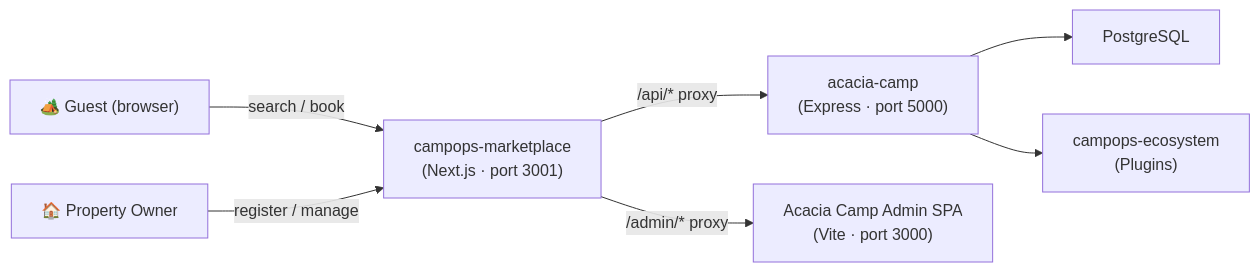
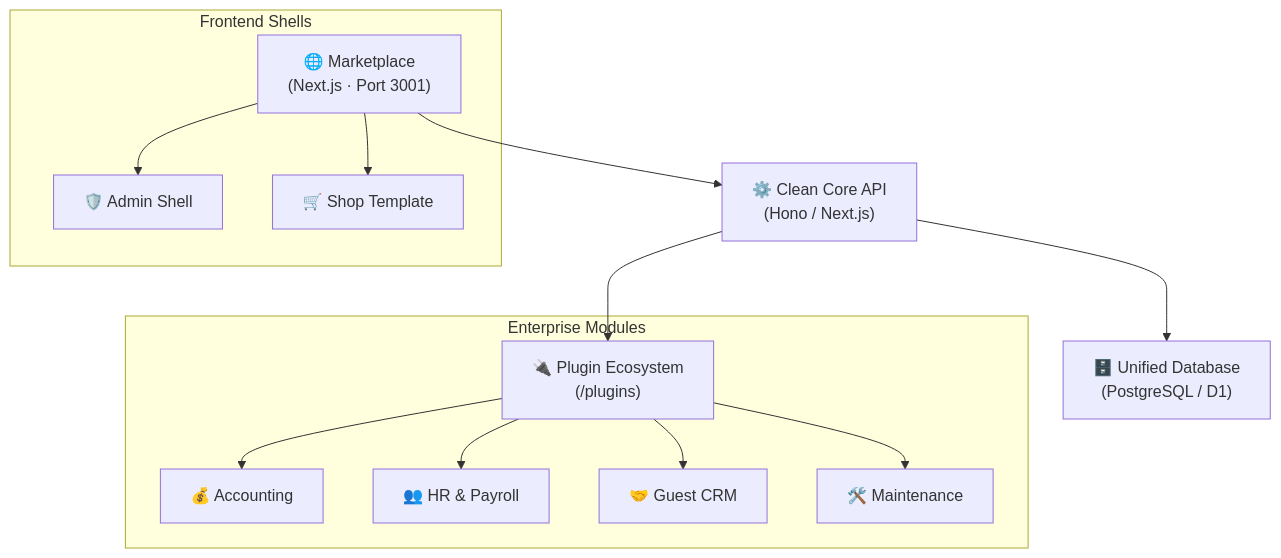
Before and after one commit to Michaelhehelmy/campops-marketplace: the diagram in README.md, drawn with Mermaid. The commit also changed other lines of this file and 930 other files, not shown here.

Commit message:
feat: implement headless architecture with Oracle backend and Cloudflare tenant frontends

````diff
--- a/README.md
+++ b/README.md
@@ -11,9 +11,18 @@
 ```mermaid
-graph LR
-    Guest["🏕️ Guest (browser)"] -->|search / book| MKT["campops-marketplace\n(Next.js · port 3001)"]
-    Owner["🏠 Property Owner"] -->|register / manage| MKT
-    MKT -->|/api/* proxy| API["acacia-camp\n(Express · port 5000)"]
-    MKT -->|/admin/* proxy| SPA["Acacia Camp Admin SPA\n(Vite · port 3000)"]
-    API --> DB["PostgreSQL"]
-    API --> PLG["campops-ecosystem\n(Plugins)"]
+graph TD
+    Marketplace["🌐 Marketplace\n(Next.js · Port 3001)"] --> Core["⚙️ Clean Core API\n(Hono / Next.js)"]
+    Core --> Plugins["🔌 Plugin Ecosystem\n(/plugins)"]
+    Core --> DB["🗄️ Unified Database\n(PostgreSQL / D1)"]
+
+    subgraph "Enterprise Modules"
+        Plugins --> Accounting["💰 Accounting"]
+        Plugins --> HR["👥 HR & Payroll"]
+        Plugins --> CRM["🤝 Guest CRM"]
+        Plugins --> Ops["🛠️ Maintenance"]
+    end
+
+    subgraph "Frontend Shells"
+        Marketplace --> Admin["🛡️ Admin Shell"]
+        Marketplace --> Shop["🛒 Shop Template"]
+    end
 ```
````
